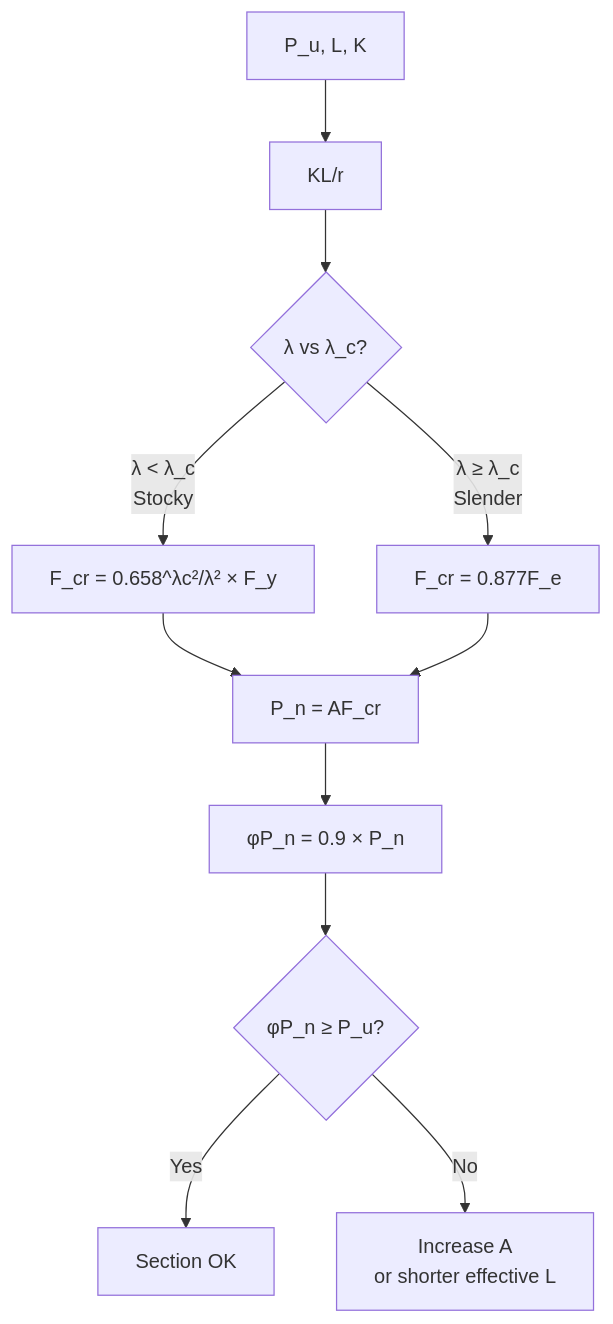
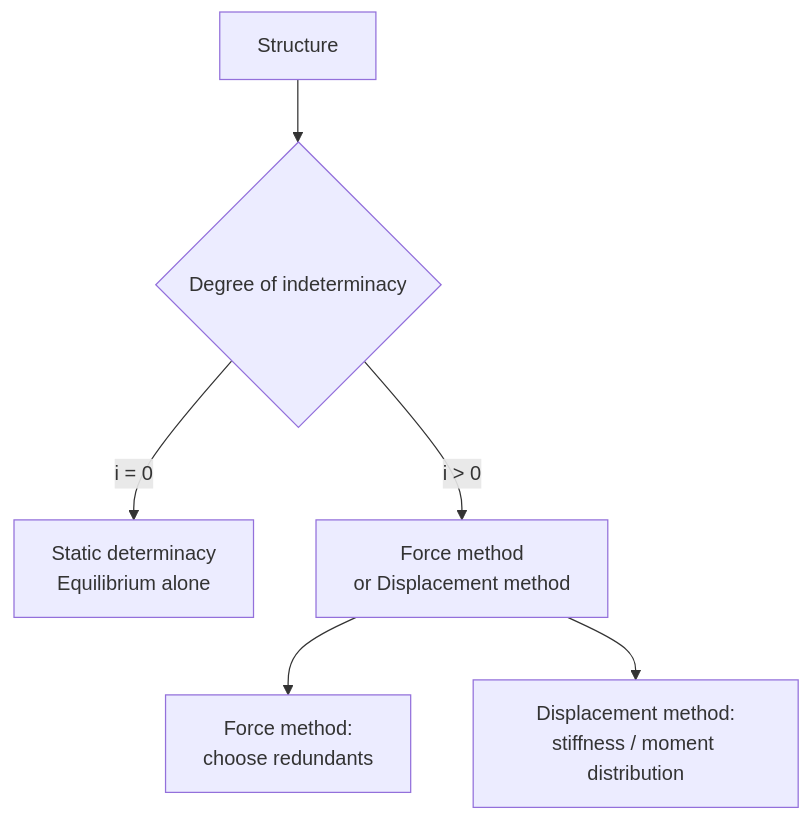
Before and after one commit to yip-lgtm/civil-bootcamp: the fourth of 5 diagrams in MIT_CEE_Core/Track_2_Mechanics_Materials/Structural_Design/03_1.036_Structural_Mechanics_and_Design.md, drawn with Mermaid. The commit also changed other lines of this file, not shown here.

````diff
--- a/MIT_CEE_Core/Track_2_Mechanics_Materials/Structural_Design/03_1.036_Structural_Mechanics_and_Design.md
+++ b/MIT_CEE_Core/Track_2_Mechanics_Materials/Structural_Design/03_1.036_Structural_Mechanics_and_Design.md
@@ -440,13 +161,8 @@
 ```mermaid
 flowchart TD
-    A[P_u, L, K] --> B[KL/r]
-    B --> C{λ vs λ_c?}
-    C -->|λ < λ_c<br/>Stocky| D[F_cr = 0.658^λc²/λ² × F_y]
-    C -->|λ ≥ λ_c<br/>Slender| E[F_cr = 0.877F_e]
-    D --> F[P_n = AF_cr]
-    E --> F
-    F --> G[φP_n = 0.9 × P_n]
-    G --> H{φP_n ≥ P_u?}
-    H -->|Yes| I[Section OK]
-    H -->|No| J[Increase A<br/>or shorter effective L]
+    A[Structure] --> B{Degree of indeterminacy}
+    B -->|i = 0| C[Static determinacy<br/>Equilibrium alone]
+    B -->|i > 0| D[Force method<br/>or Displacement method]
+    D --> E[Force method:<br/>choose redundants]
+    D --> F[Displacement method:<br/>stiffness / moment distribution]
 ```
````
